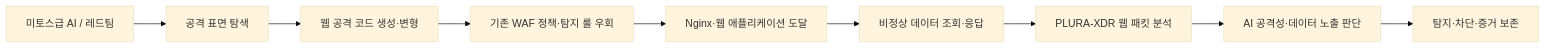
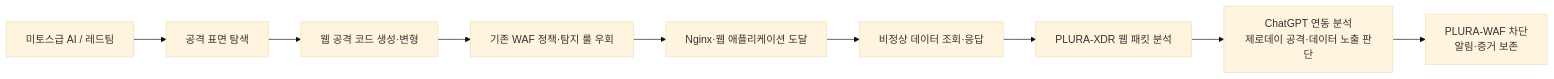
One commit to qubitsec/plura changed the second of 5 diagrams in ko/proposal/lg/poc-full.md. Above: the diagram before and after it, drawn with Mermaid (base theme). The commit also changed other lines of this file, not shown here.

````diff
--- a/ko/proposal/lg/poc-full.md
+++ b/ko/proposal/lg/poc-full.md
@@ -129,15 +134,15 @@
 ```mermaid
 flowchart LR
     A["미토스급 AI / 레드팀"]
     B["공격 표면 탐색"]
     C["웹 공격 코드 생성·변형"]
     D["기존 WAF 정책·탐지 룰 우회"]
     E["Nginx·웹 애플리케이션 도달"]
     F["비정상 데이터 조회·응답"]
     G["PLURA-XDR 웹 패킷 분석"]
-    H["AI 공격성·데이터 노출 판단"]
-    I["탐지·차단·증거 보존"]
+    H["ChatGPT 연동 분석<br/>제로데이 공격·데이터 노출 판단"]
+    I["PLURA-WAF 차단<br/>알림·증거 보존"]
 
     A --> B --> C --> D --> E
     E --> F --> G --> H --> I
 ```
````
